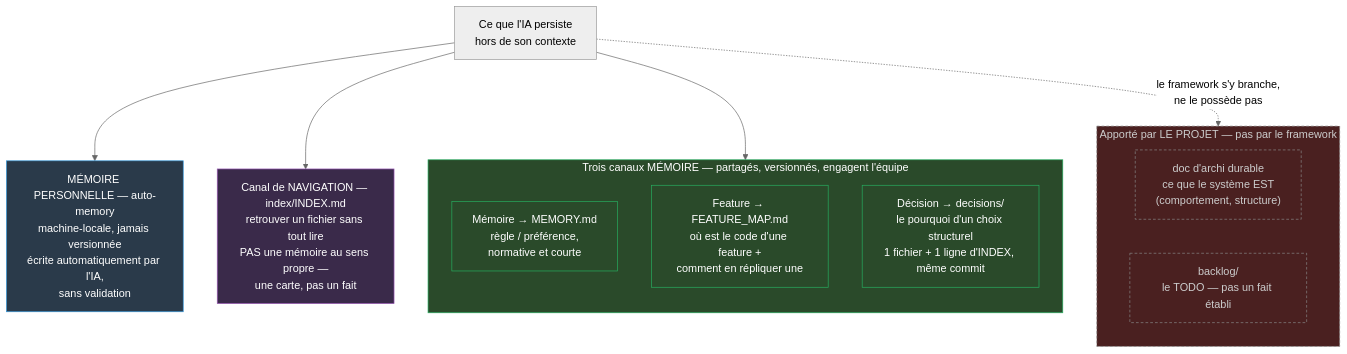
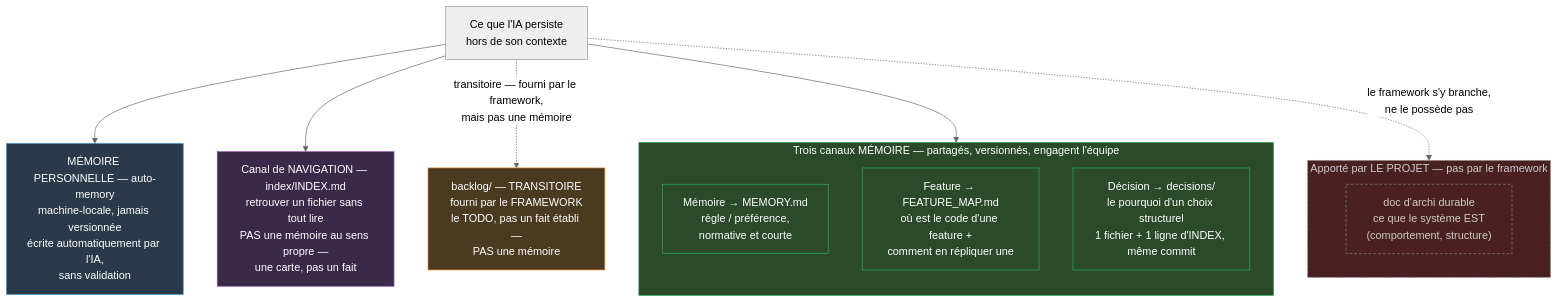
One commit to runfree337/Yet-Another-Memory-System changed the diagram in WORKFLOW.md. Above: the diagram before and after it, drawn with Mermaid (neutral theme). The commit also changed other lines of this file and 3 other files, not shown here.

First line of the commit message:
docs: statut du backlog clarifié + triptyque plan/état/todo restauré (PLAN 1.2-1.3)

````diff
--- a/WORKFLOW.md
+++ b/WORKFLOW.md
@@ -40,36 +50,40 @@
 ```mermaid
 flowchart TB
 
     MEM["Ce que l'IA persiste<br/>hors de son contexte"]
 
     MEM --> PERSO
     MEM --> CANAUX
     MEM --> NAV
+    MEM -.->|"transitoire — fourni par le framework,<br/>mais pas une mémoire"| BL
     MEM -.->|"le framework s'y branche,<br/>ne le possède pas"| HORS
 
     PERSO["MÉMOIRE PERSONNELLE — auto-memory<br/>machine-locale, jamais versionnée<br/>écrite automatiquement par l'IA,<br/>sans validation"]
 
     subgraph CANAUX["Trois canaux MÉMOIRE — partagés, versionnés, engagent l'équipe"]
         direction TB
         MEMCH["Mémoire → MEMORY.md<br/>règle / préférence,<br/>normative et courte"]
         FEATCH["Feature → FEATURE_MAP.md<br/>où est le code d'une feature +<br/>comment en répliquer une"]
         DECCH["Décision → decisions/<br/>le pourquoi d'un choix structurel<br/>1 fichier + 1 ligne d'INDEX, même commit"]
     end
 
     NAV["Canal de NAVIGATION — index/INDEX.md<br/>retrouver un fichier sans tout lire<br/>PAS une mémoire au sens propre —<br/>une carte, pas un fait"]
 
+    BL["backlog/ — TRANSITOIRE<br/>fourni par le FRAMEWORK<br/>le TODO, pas un fait établi —<br/>PAS une mémoire"]
+
     subgraph HORS["Apporté par LE PROJET — pas par le framework"]
         direction LR
         FAIT["doc d'archi durable<br/>ce que le système EST<br/>(comportement, structure)"]
-        BL["backlog/<br/>le TODO — pas un fait établi"]
     end
 
     classDef perso fill:#2a3a4a,stroke:#3498db,color:#fff
     classDef partage fill:#2a4a2a,stroke:#27ae60,color:#fff
     classDef nav fill:#3a2a4a,stroke:#9b59b6,color:#fff
     classDef hors fill:#4a2020,stroke:#888,color:#ccc,stroke-dasharray: 4 3
+    classDef transitoire fill:#4a3a20,stroke:#e67e22,color:#fff
     class PERSO perso
     class CANAUX,MEMCH,FEATCH,DECCH partage
     class NAV nav
-    class HORS,FAIT,BL hors
+    class HORS,FAIT hors
+    class BL transitoire
 ```
````
